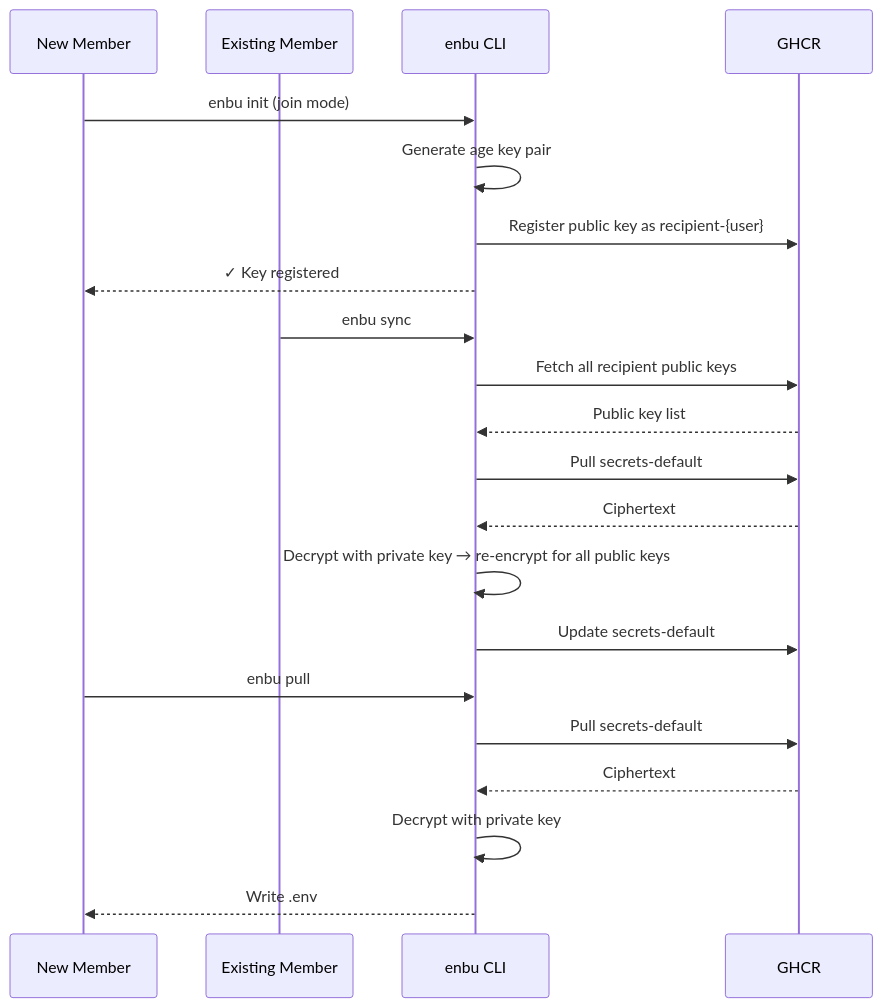
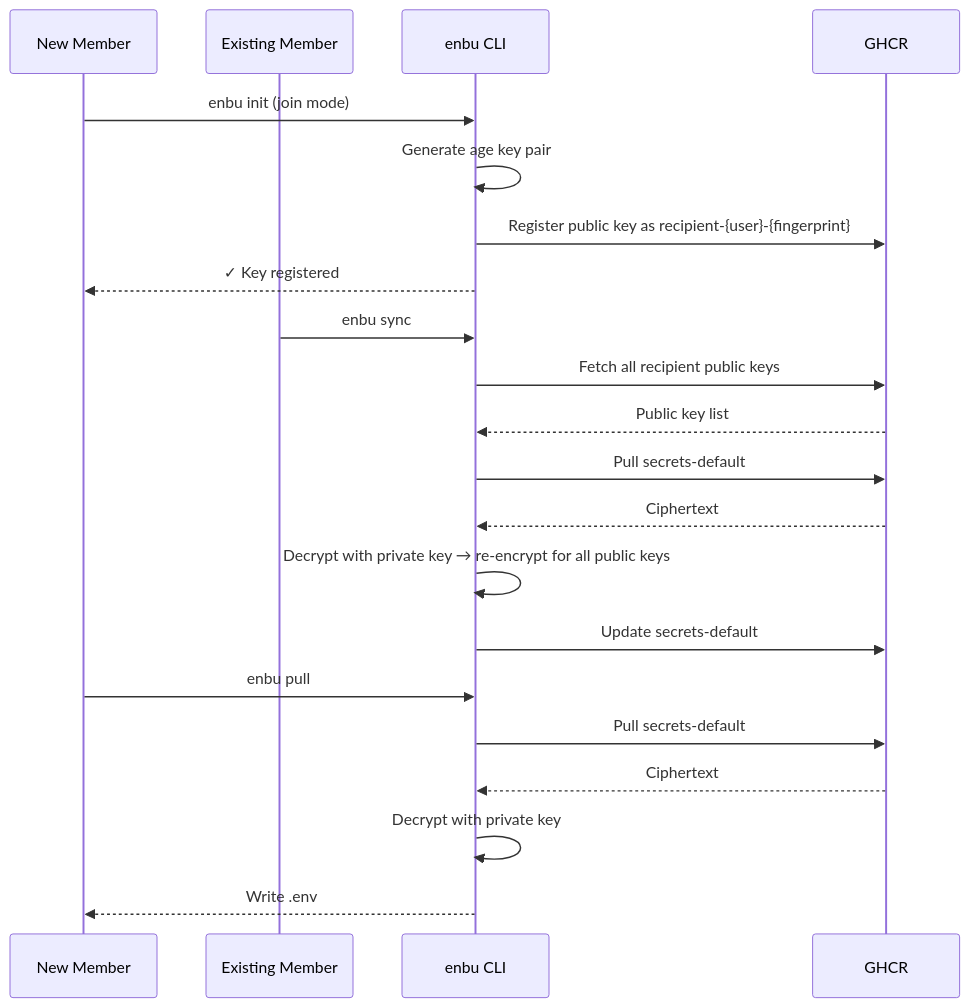
Before and after one commit to yashikota/enbu: the third of 3 diagrams in README.md, drawn with Mermaid. The commit also changed other lines of this file and 20 other files, not shown here.

````diff
--- a/README.md
+++ b/README.md
@@ -166,26 +202,26 @@
 ```mermaid
 sequenceDiagram
     participant New as New Member
     participant Member as Existing Member
     participant CLI as enbu CLI
     participant GHCR
 
     New->>CLI: enbu init (join mode)
     CLI->>CLI: Generate age key pair
-    CLI->>GHCR: Register public key as recipient-{user}
+    CLI->>GHCR: Register public key as recipient-{user}-{fingerprint}
     CLI-->>New: ✓ Key registered
 
     Member->>CLI: enbu sync
     CLI->>GHCR: Fetch all recipient public keys
     GHCR-->>CLI: Public key list
     CLI->>GHCR: Pull secrets-default
     GHCR-->>CLI: Ciphertext
     CLI->>CLI: Decrypt with private key → re-encrypt for all public keys
     CLI->>GHCR: Update secrets-default
 
     New->>CLI: enbu pull
     CLI->>GHCR: Pull secrets-default
     GHCR-->>CLI: Ciphertext
     CLI->>CLI: Decrypt with private key
     CLI-->>New: Write .env
 ```
````
